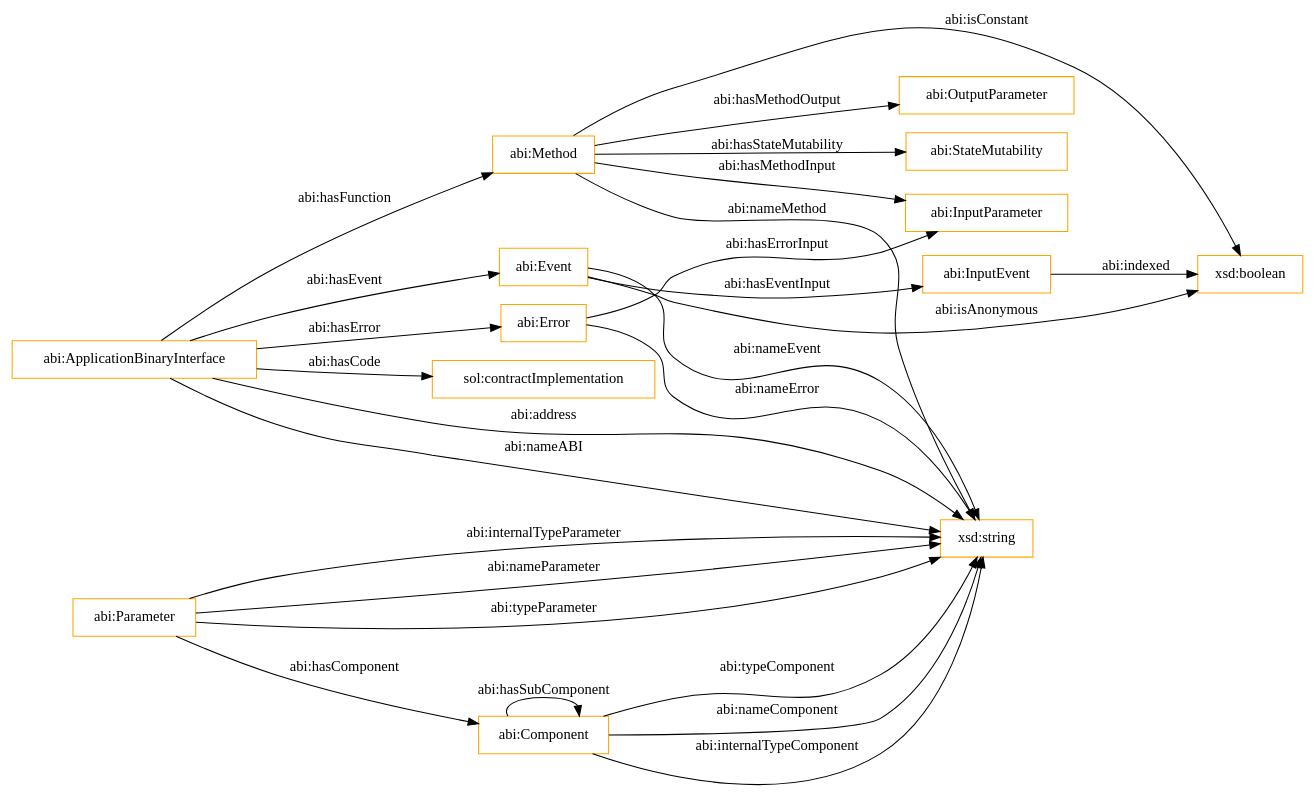
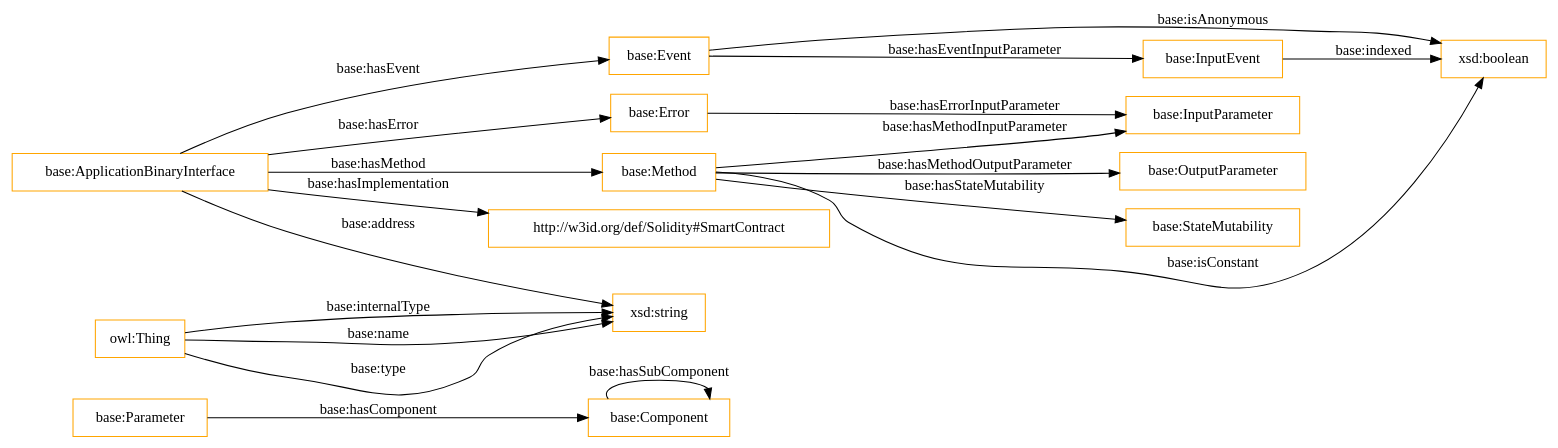
One commit to oeg-upm/Solidity-ABI-ontology changed the diagram in OnToology/Ontology/ontology.ttl/diagrams/ar2dtool-class/ontology.ttl.png.dot. Above: the diagram before and after it, drawn with Graphviz. The commit also changed 16 other files, not shown here.

```diff
--- a/OnToology/Ontology/ontology.ttl/diagrams/ar2dtool-class/ontology.ttl.png.dot
+++ b/OnToology/Ontology/ontology.ttl/diagrams/ar2dtool-class/ontology.ttl.png.dot
@@ -1,31 +1,24 @@
 digraph ar2dtool_diagram { 
 rankdir=LR;
 size="1501"
-node [shape = rectangle, color="orange"]; "abi:ApplicationBinaryInterface" "abi:Parameter" "abi:OutputParameter" "abi:Method" "abi:Event" "abi:StateMutability" "abi:InputEvent" "abi:Error" "sol:contractImplementation" "abi:Component" "abi:InputParameter" ; /*classes style*/
-	"abi:Method" -> "xsd:string" [ label = "abi:nameMethod" ];
-	"abi:Event" -> "xsd:boolean" [ label = "abi:isAnonymous" ];
-	"abi:Parameter" -> "xsd:string" [ label = "abi:internalTypeParameter" ];
-	"abi:Method" -> "abi:InputParameter" [ label = "abi:hasMethodInput" ];
-	"abi:Error" -> "xsd:string" [ label = "abi:nameError" ];
-	"abi:ApplicationBinaryInterface" -> "abi:Event" [ label = "abi:hasEvent" ];
-	"abi:Parameter" -> "xsd:string" [ label = "abi:nameParameter" ];
-	"abi:Component" -> "abi:Component" [ label = "abi:hasSubComponent" ];
-	"abi:Error" -> "abi:InputParameter" [ label = "abi:hasErrorInput" ];
-	"abi:Component" -> "xsd:string" [ label = "abi:typeComponent" ];
-	"abi:Method" -> "xsd:boolean" [ label = "abi:isConstant" ];
-	"abi:ApplicationBinaryInterface" -> "abi:Method" [ label = "abi:hasFunction" ];
-	"abi:ApplicationBinaryInterface" -> "sol:contractImplementation" [ label = "abi:hasCode" ];
-	"abi:Parameter" -> "abi:Component" [ label = "abi:hasComponent" ];
-	"abi:ApplicationBinaryInterface" -> "xsd:string" [ label = "abi:address" ];
-	"abi:Component" -> "xsd:string" [ label = "abi:nameComponent" ];
-	"abi:Method" -> "abi:OutputParameter" [ label = "abi:hasMethodOutput" ];
-	"abi:Method" -> "abi:StateMutability" [ label = "abi:hasStateMutability" ];
-	"abi:InputEvent" -> "xsd:boolean" [ label = "abi:indexed" ];
-	"abi:Event" -> "abi:InputEvent" [ label = "abi:hasEventInput" ];
-	"abi:Parameter" -> "xsd:string" [ label = "abi:typeParameter" ];
-	"abi:ApplicationBinaryInterface" -> "abi:Error" [ label = "abi:hasError" ];
-	"abi:Component" -> "xsd:string" [ label = "abi:internalTypeComponent" ];
-	"abi:Event" -> "xsd:string" [ label = "abi:nameEvent" ];
-	"abi:ApplicationBinaryInterface" -> "xsd:string" [ label = "abi:nameABI" ];
+node [shape = rectangle, color="orange"]; "base:Parameter" "base:OutputParameter" "base:Method" "http://w3id.org/def/Solidity#SmartContract" "base:ApplicationBinaryInterface" "base:StateMutability" "base:Error" "base:Event" "base:Component" "base:InputParameter" "base:InputEvent" ; /*classes style*/
+	"base:Method" -> "base:InputParameter" [ label = "base:hasMethodInputParameter" ];
+	"base:Method" -> "base:OutputParameter" [ label = "base:hasMethodOutputParameter" ];
+	"owl:Thing" -> "xsd:string" [ label = "base:type" ];
+	"base:Parameter" -> "base:Component" [ label = "base:hasComponent" ];
+	"owl:Thing" -> "xsd:string" [ label = "base:internalType" ];
+	"base:ApplicationBinaryInterface" -> "http://w3id.org/def/Solidity#SmartContract" [ label = "base:hasImplementation" ];
+	"base:Event" -> "xsd:boolean" [ label = "base:isAnonymous" ];
+	"base:ApplicationBinaryInterface" -> "base:Event" [ label = "base:hasEvent" ];
+	"base:InputEvent" -> "xsd:boolean" [ label = "base:indexed" ];
+	"base:ApplicationBinaryInterface" -> "xsd:string" [ label = "base:address" ];
+	"base:Event" -> "base:InputEvent" [ label = "base:hasEventInputParameter" ];
+	"base:ApplicationBinaryInterface" -> "base:Error" [ label = "base:hasError" ];
+	"base:Component" -> "base:Component" [ label = "base:hasSubComponent" ];
+	"owl:Thing" -> "xsd:string" [ label = "base:name" ];
+	"base:Method" -> "base:StateMutability" [ label = "base:hasStateMutability" ];
+	"base:Method" -> "xsd:boolean" [ label = "base:isConstant" ];
+	"base:Error" -> "base:InputParameter" [ label = "base:hasErrorInputParameter" ];
+	"base:ApplicationBinaryInterface" -> "base:Method" [ label = "base:hasMethod" ];
 
 }
```
